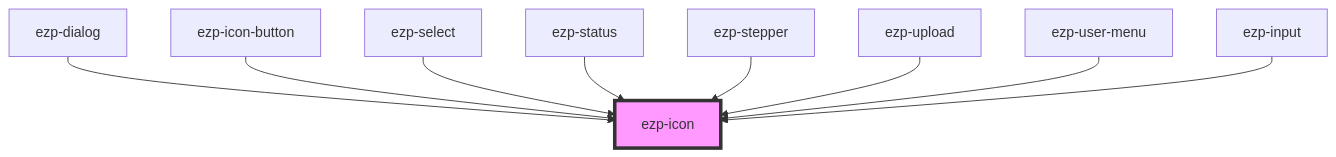
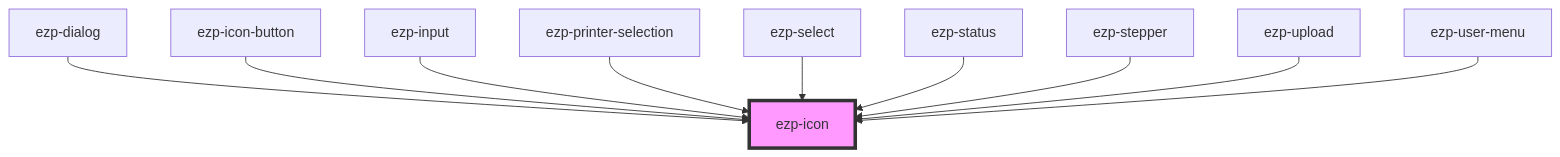
One commit to ezeep/ezeep-js changed the diagram in src/components/ezp-icon/readme.md. Above: the diagram before and after it, drawn with Mermaid. The commit also changed other lines of this file and 33 other files, not shown here.

First line of the commit message:
feat(ui): redesign print flow (Print Now upload + Drucken options)

````diff
--- a/src/components/ezp-icon/readme.md
+++ b/src/components/ezp-icon/readme.md
@@ -28,12 +30,13 @@
 ```mermaid
 graph TD;
   ezp-dialog --> ezp-icon
   ezp-icon-button --> ezp-icon
+  ezp-input --> ezp-icon
+  ezp-printer-selection --> ezp-icon
   ezp-select --> ezp-icon
   ezp-status --> ezp-icon
   ezp-stepper --> ezp-icon
   ezp-upload --> ezp-icon
   ezp-user-menu --> ezp-icon
-  ezp-input --> ezp-icon
   style ezp-icon fill:#f9f,stroke:#333,stroke-width:4px
 ```
````
